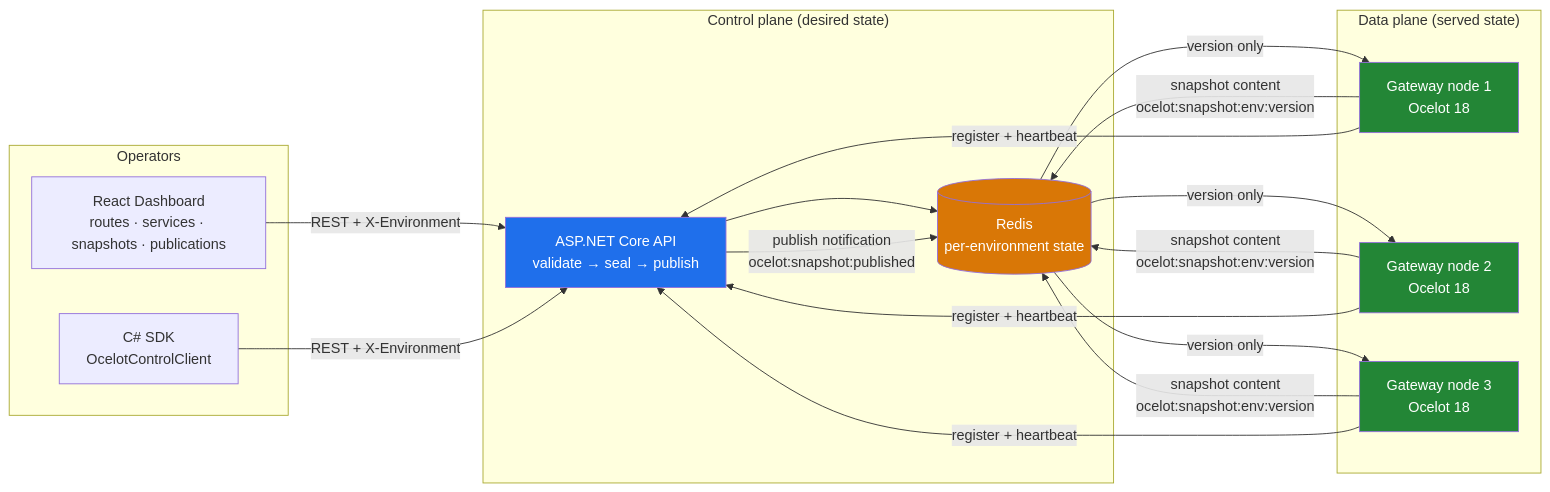
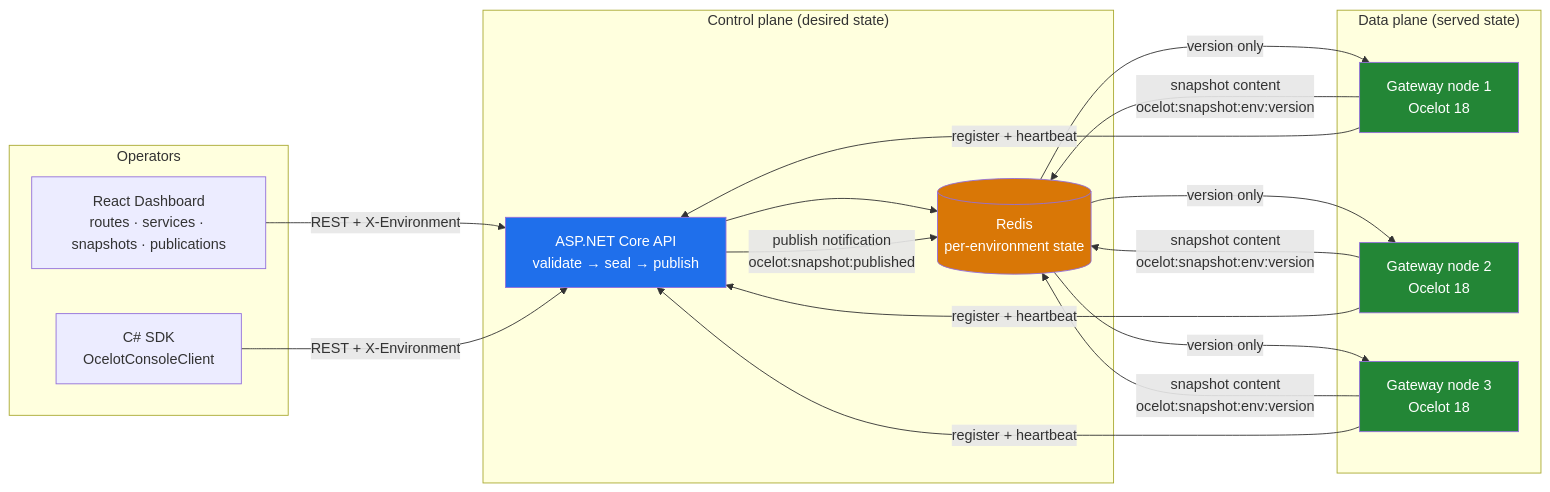
The first of 3 diagrams in README.md (bitwrite-dev/BitWrite-Ocelot-Console), drawn with Mermaid before and after one commit. The commit also changed other lines of this file and 739 other files, not shown here.

First line of the commit message:
refactor: rename the product to BitWrite Ocelot Console

````diff
--- a/README.md
+++ b/README.md
@@ -66,32 +71,32 @@
 ```mermaid
 flowchart LR
     subgraph Operators
         UI[React Dashboard<br/>routes · services · snapshots · publications]
-        SDK[C# SDK<br/>OcelotControlClient]
+        SDK[C# SDK<br/>OcelotConsoleClient]
     end
 
     subgraph "Control plane (desired state)"
         API[ASP.NET Core API<br/>validate → seal → publish]
         R[(Redis<br/>per-environment state)]
         API --> R
     end
 
     subgraph "Data plane (served state)"
         N1[Gateway node 1<br/>Ocelot 18]
         N2[Gateway node 2<br/>Ocelot 18]
         N3[Gateway node 3<br/>Ocelot 18]
     end
 
     UI -->|REST + X-Environment| API
     SDK -->|REST + X-Environment| API
     API -->|publish notification<br/>ocelot:snapshot:published| R
     R -->|version only| N1 & N2 & N3
     N1 & N2 & N3 -->|snapshot content<br/>ocelot:snapshot:env:version| R
     N1 & N2 & N3 -->|register + heartbeat| API
 
     style API fill:#1f6feb,color:#fff
     style R fill:#d97706,color:#fff
     style N1 fill:#238636,color:#fff
     style N2 fill:#238636,color:#fff
     style N3 fill:#238636,color:#fff
 ```
````
